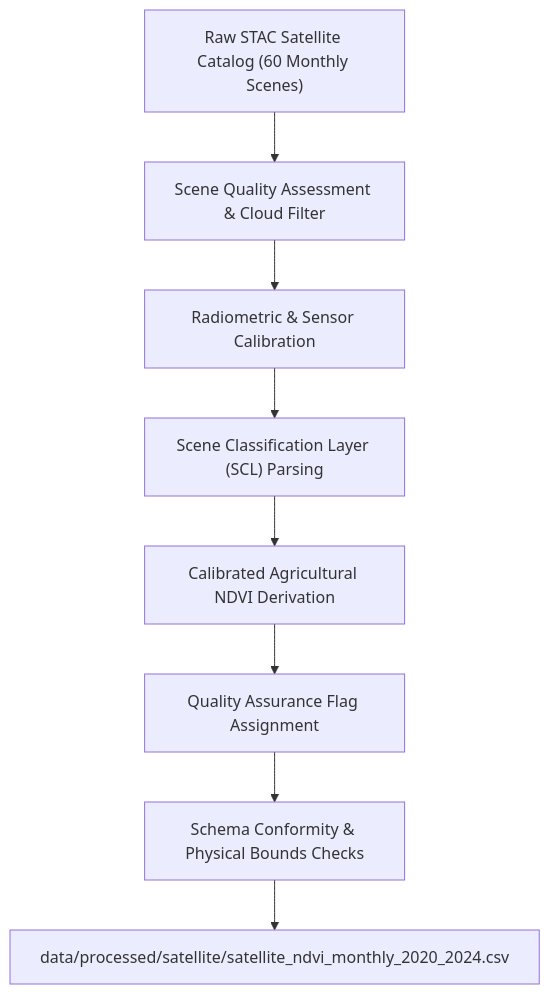
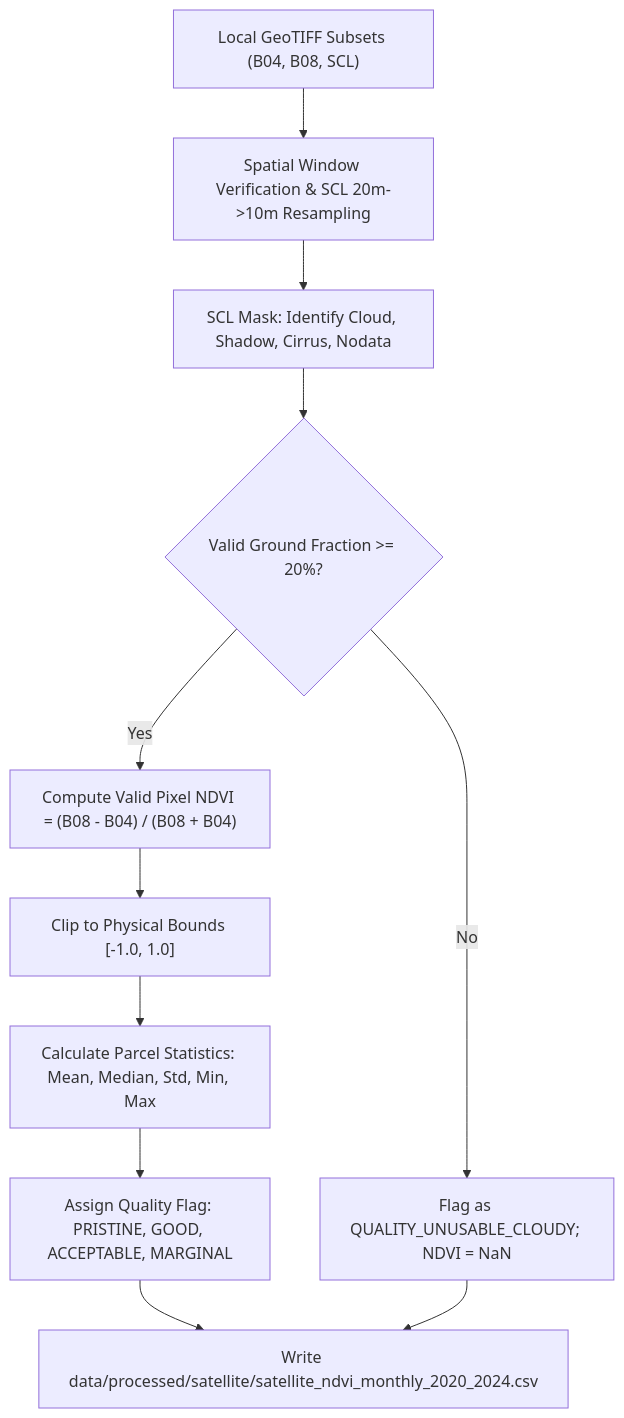
The diagram in reports/satellite_processing_methodology.md (Megha-gbs/SoilSentinel), drawn with Mermaid before and after one commit. The commit also changed other lines of this file and 201 other files, not shown here.

````diff
--- a/reports/satellite_processing_methodology.md
+++ b/reports/satellite_processing_methodology.md
@@ -15,10 +45,13 @@
 ```mermaid
 flowchart TD
-    A["Raw STAC Satellite Catalog (60 Monthly Scenes)"] --> B["Scene Quality Assessment & Cloud Filter"]
-    B --> C["Radiometric & Sensor Calibration"]
-    C --> D["Scene Classification Layer (SCL) Parsing"]
-    D --> E["Calibrated Agricultural NDVI Derivation"]
-    E --> F["Quality Assurance Flag Assignment"]
-    F --> G["Schema Conformity & Physical Bounds Checks"]
-    G --> H["data/processed/satellite/satellite_ndvi_monthly_2020_2024.csv"]
+    A["Local GeoTIFF Subsets (B04, B08, SCL)"] --> B["Spatial Window Verification & SCL 20m->10m Resampling"]
+    B --> C["SCL Mask: Identify Cloud, Shadow, Cirrus, Nodata"]
+    C --> D{"Valid Ground Fraction >= 20%?"}
+    D -- No --> E["Flag as QUALITY_UNUSABLE_CLOUDY; NDVI = NaN"]
+    D -- Yes --> F["Compute Valid Pixel NDVI = (B08 - B04) / (B08 + B04)"]
+    F --> G["Clip to Physical Bounds [-1.0, 1.0]"]
+    G --> H["Calculate Parcel Statistics: Mean, Median, Std, Min, Max"]
+    H --> I["Assign Quality Flag: PRISTINE, GOOD, ACCEPTABLE, MARGINAL"]
+    I --> J["Write data/processed/satellite/satellite_ndvi_monthly_2020_2024.csv"]
+    E --> J
 ```
````
